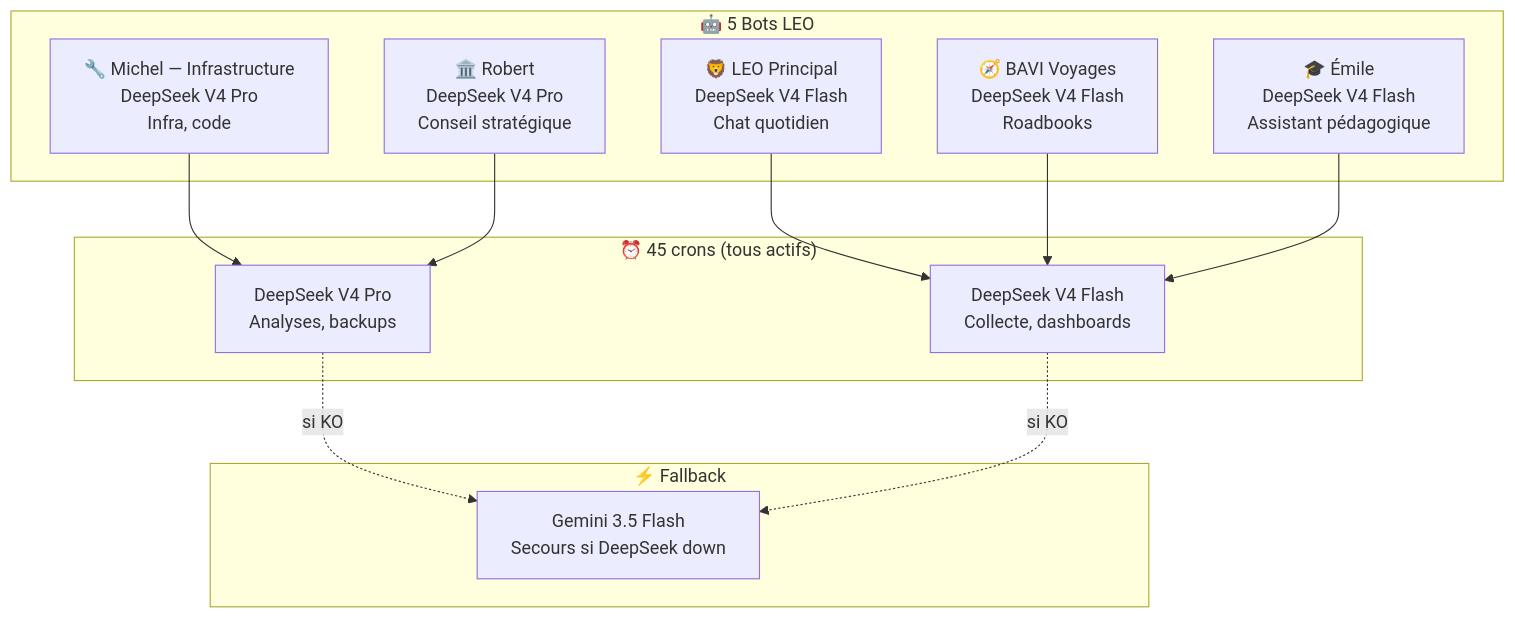
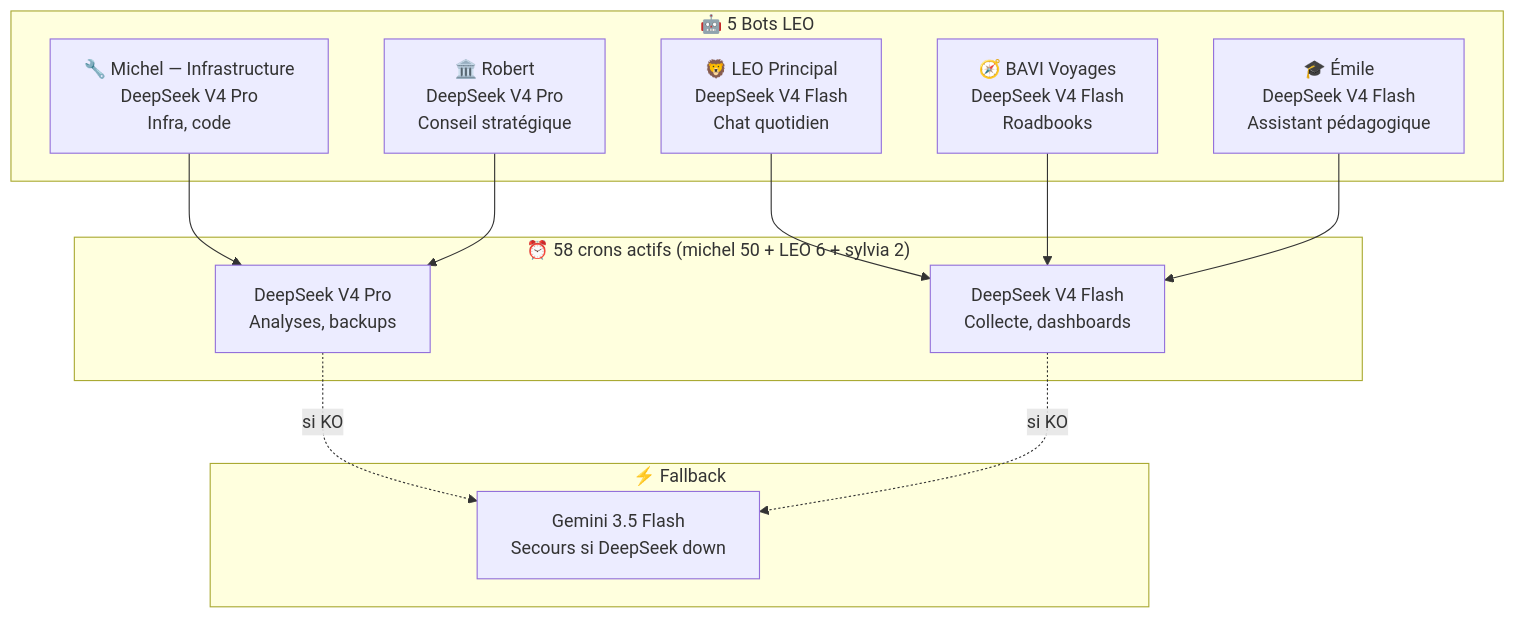
Before and after one commit to christophedanhier-hash/hermes-wiki: the third of 3 diagrams in docs/hermes/decisions/pourquoi-deepseek-pas-gemini.md, drawn with Mermaid. The commit also changed other lines of this file and 10 other files, not shown here.

Commit message:
docs(audit): corriger compteurs crons — 58 actifs répartis (michel 50 + LEO 6 + sylvia 2) (audit 27/08)

````diff
--- a/docs/hermes/decisions/pourquoi-deepseek-pas-gemini.md
+++ b/docs/hermes/decisions/pourquoi-deepseek-pas-gemini.md
@@ -130,23 +130,23 @@
 ```mermaid
 flowchart TB
     subgraph BOTS["🤖 5 Bots LEO"]
         MAIN["🦁 LEO Principal\nDeepSeek V4 Flash\nChat quotidien"]
         MICHEL["🔧 Michel — Infrastructure\nDeepSeek V4 Pro\nInfra, code"]
         BAVI["🧭 BAVI Voyages\nDeepSeek V4 Flash\nRoadbooks"]
         EMILE["🎓 Émile\nDeepSeek V4 Flash\nAssistant pédagogique"]
         ROBERT["🏛️ Robert\nDeepSeek V4 Pro\nConseil stratégique"]
     end
 
     subgraph BACKUP["⚡ Fallback"]
         GEMINI["Gemini 3.5 Flash\nSecours si DeepSeek down"]
     end
 
-    subgraph CRONS["⏰ 45 crons (tous actifs)"]
+    subgraph CRONS["⏰ 58 crons actifs (michel 50 + LEO 6 + sylvia 2)"]
         DS_PRO["DeepSeek V4 Pro\nAnalyses, backups"]
         DS_FLASH["DeepSeek V4 Flash\nCollecte, dashboards"]
     end
 
     MAIN & BAVI & EMILE --> DS_FLASH
     MICHEL & ROBERT --> DS_PRO
     DS_PRO & DS_FLASH -.->|si KO| GEMINI
 ```
````
